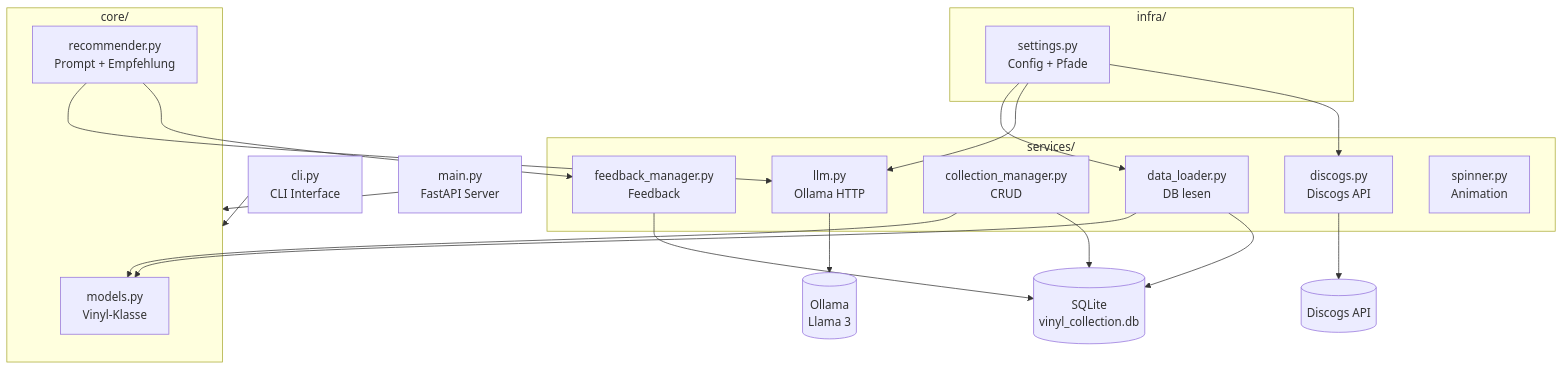
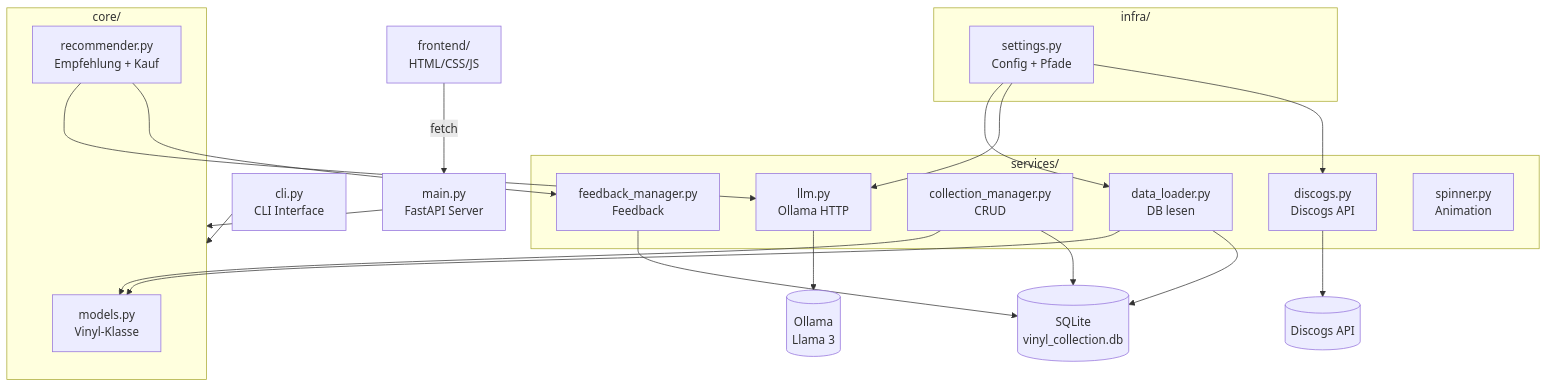
One commit to NoahRolli/vinylRec changed the diagram in README.md. Above: the diagram before and after it, drawn with Mermaid. The commit also changed other lines of this file, not shown here.

Commit message:
Update README: add frontend docs, Discogs, CI, full project structure

````diff
--- a/README.md
+++ b/README.md
@@ -107,37 +139,38 @@
 ```mermaid
 graph TD
     CLI[cli.py<br/>CLI Interface] --> CORE
     API[main.py<br/>FastAPI Server] --> CORE
-    
+    WEB[frontend/<br/>HTML/CSS/JS] -->|fetch| API
+
     subgraph CORE[core/]
         MODELS[models.py<br/>Vinyl-Klasse]
-        REC[recommender.py<br/>Prompt + Empfehlung]
+        REC[recommender.py<br/>Empfehlung + Kauf]
     end
-    
+
     subgraph SERVICES[services/]
         LLM[llm.py<br/>Ollama HTTP]
         DL[data_loader.py<br/>DB lesen]
         CM[collection_manager.py<br/>CRUD]
         FM[feedback_manager.py<br/>Feedback]
         DC[discogs.py<br/>Discogs API]
         SPIN[spinner.py<br/>Animation]
     end
-    
+
     subgraph INFRA[infra/]
         SETTINGS[settings.py<br/>Config + Pfade]
     end
-    
+
     REC --> LLM
     REC --> FM
     DL --> MODELS
     CM --> MODELS
-    
+
     LLM --> OLLAMA[(Ollama<br/>Llama 3)]
     DC --> DISCOGS[(Discogs API)]
     DL --> DB[(SQLite<br/>vinyl_collection.db)]
     CM --> DB
     FM --> DB
     SETTINGS --> DL
     SETTINGS --> LLM
     SETTINGS --> DC
 ```
````
